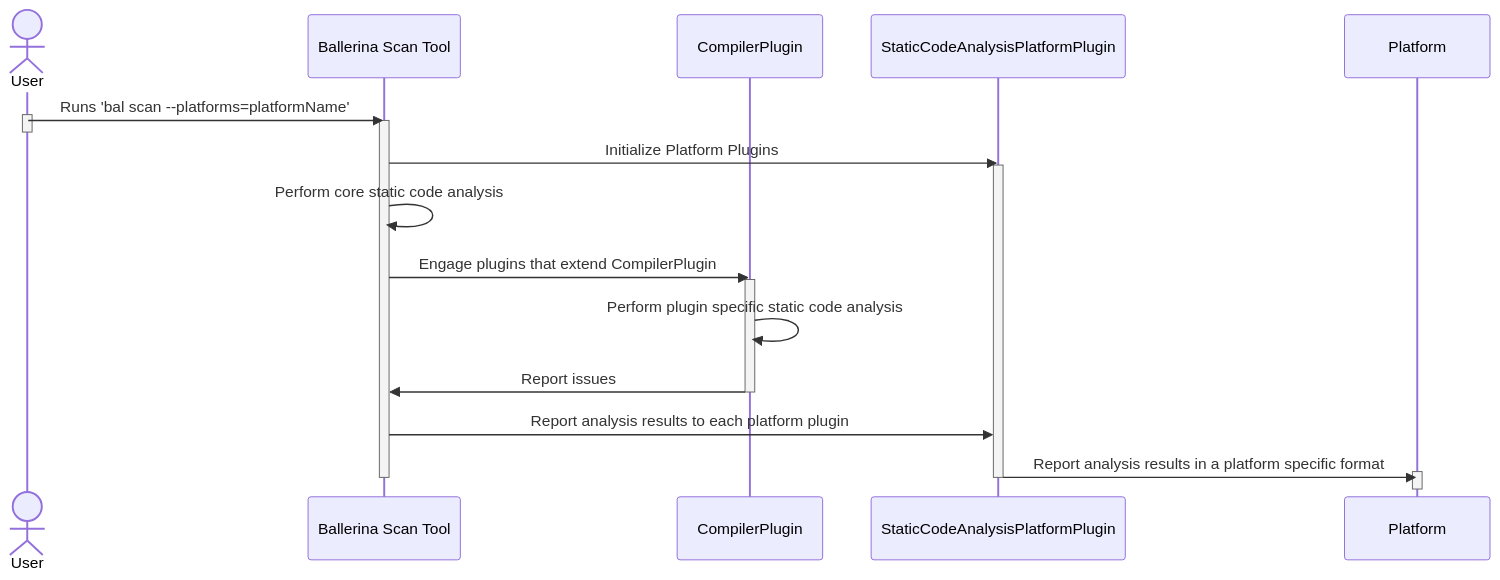
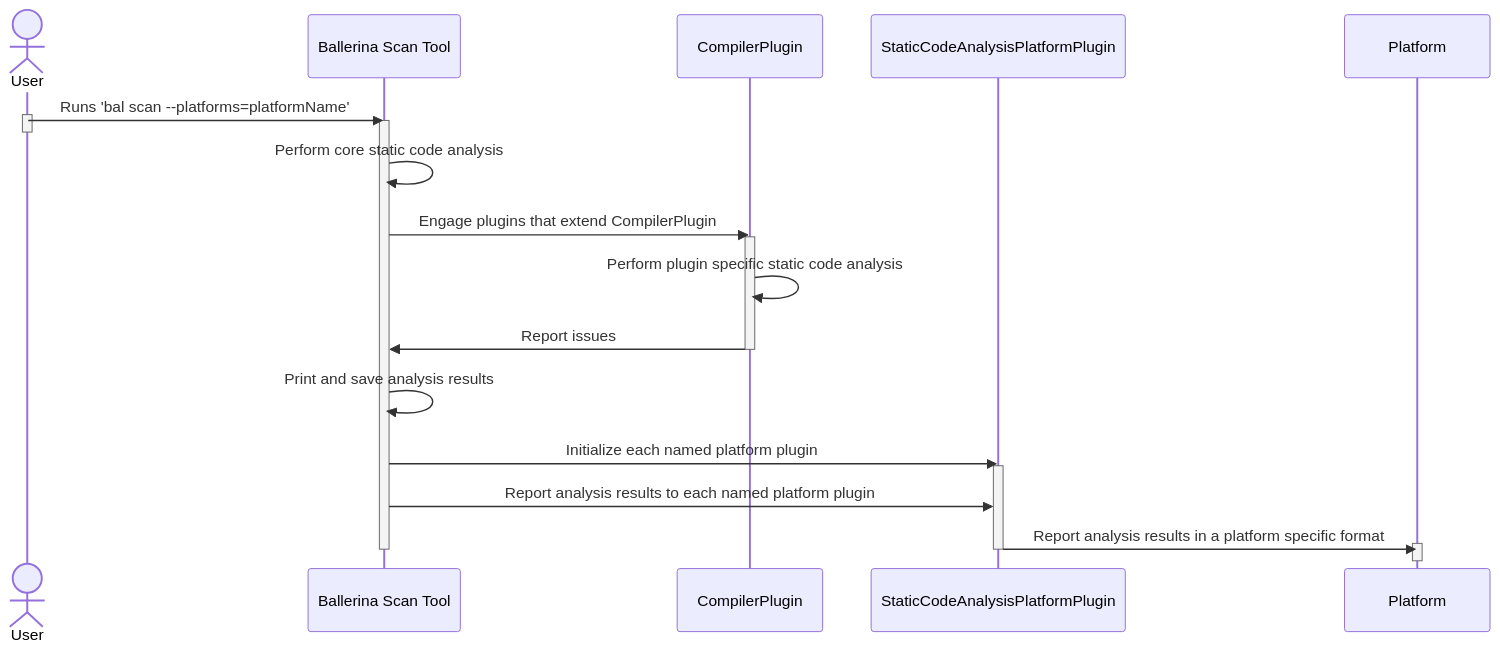
The diagram in docs/static-code-analysis-tool/README.md (ballerina-platform/static-code-analysis-tool), drawn with Mermaid before and after one commit. The commit also changed other lines of this file and 3 other files, not shown here.

First line of the commit message:
Bring the platform and compiler plugin guides up to date with the scan tool

````diff
--- a/docs/static-code-analysis-tool/README.md
+++ b/docs/static-code-analysis-tool/README.md
@@ -22,27 +22,28 @@
 ```mermaid
 sequenceDiagram
     actor User
     participant Ballerina Scan Tool
     participant CompilerPlugin
     participant StaticCodeAnalysisPlatformPlugin
     participant Platform
     
     User ->> Ballerina Scan Tool: Runs 'bal scan --platforms=platformName'
     activate User
     deactivate User
     activate Ballerina Scan Tool
-    Ballerina Scan Tool ->> StaticCodeAnalysisPlatformPlugin: Initialize Platform Plugins
-    activate StaticCodeAnalysisPlatformPlugin
     Ballerina Scan Tool ->> Ballerina Scan Tool: Perform core static code analysis
     Ballerina Scan Tool ->> CompilerPlugin: Engage plugins that extend CompilerPlugin
     activate CompilerPlugin
     CompilerPlugin ->> CompilerPlugin: Perform plugin specific static code analysis
     CompilerPlugin ->> Ballerina Scan Tool: Report issues
     deactivate CompilerPlugin
-    Ballerina Scan Tool ->> StaticCodeAnalysisPlatformPlugin: Report analysis results to each platform plugin
+    Ballerina Scan Tool ->> Ballerina Scan Tool: Print and save analysis results
+    Ballerina Scan Tool ->> StaticCodeAnalysisPlatformPlugin: Initialize each named platform plugin
+    activate StaticCodeAnalysisPlatformPlugin
+    Ballerina Scan Tool ->> StaticCodeAnalysisPlatformPlugin: Report analysis results to each named platform plugin
     StaticCodeAnalysisPlatformPlugin ->> Platform: Report analysis results in a platform specific format
     activate Platform
     deactivate Platform
     deactivate StaticCodeAnalysisPlatformPlugin
     deactivate Ballerina Scan Tool
 ```
````
